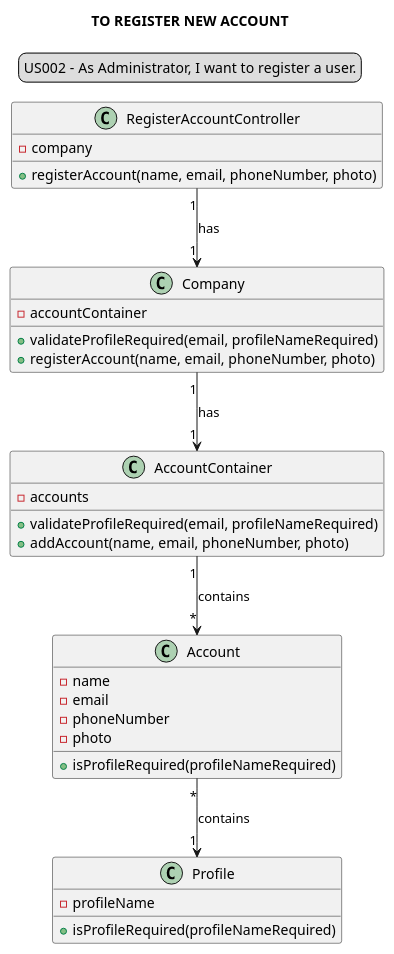
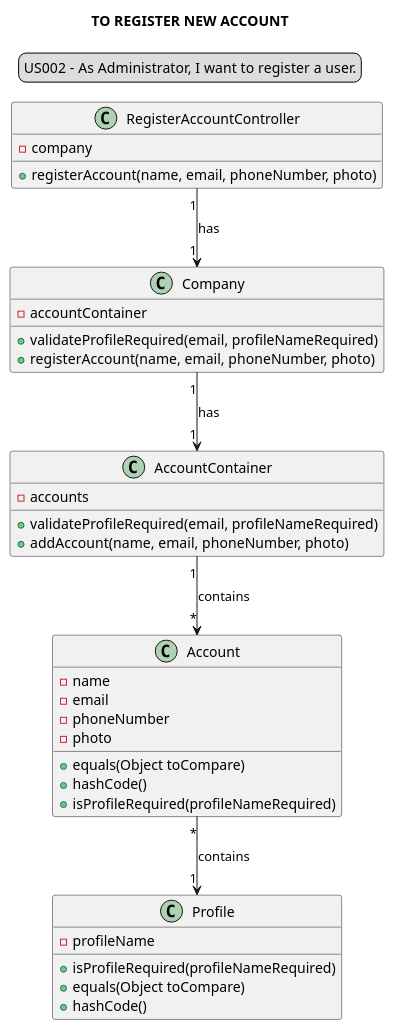
One commit to Loracline/project_switch_22-23 changed the diagram in docs/modelling_design/user_stories/sprint01/us002/US002_classDiagram.puml. Above: the diagram before and after it, drawn with PlantUML. The commit also changed 10 other files, not shown here.

Commit message:
No US number: Design: Refinement of class diagrams

```diff
--- a/docs/modelling_design/user_stories/sprint01/us002/US002_classDiagram.puml
+++ b/docs/modelling_design/user_stories/sprint01/us002/US002_classDiagram.puml
@@ -1,43 +1,47 @@
 @startuml
 
 skinparam sequenceMessageAlign center
 title TO REGISTER NEW ACCOUNT
 legend top
 US002 - As Administrator, I want to register a user.
 end legend
 
 class "RegisterAccountController" {
 -company
 +registerAccount(name, email, phoneNumber, photo)
 }
 
 class "Company" {
 -accountContainer
 +validateProfileRequired(email, profileNameRequired)
 +registerAccount(name, email, phoneNumber, photo)
 }
 
 class "AccountContainer"{
 -accounts
 +validateProfileRequired(email, profileNameRequired)
 +addAccount(name, email, phoneNumber, photo)
 }
 
 class "Account" {
 -name
 -email
 -phoneNumber
 -photo
++equals(Object toCompare)
++hashCode()
 + isProfileRequired(profileNameRequired)
 }
 
 class "Profile"{
 -profileName
 +isProfileRequired(profileNameRequired)
++equals(Object toCompare)
++hashCode()
 }
 
 "RegisterAccountController" "1" --> "1" "Company": has
 "Company" "1"-->"1" "AccountContainer": has
 "AccountContainer" "1"-->"*" "Account": contains
 "Account" "*"--> "1""Profile": contains
 @enduml
```
